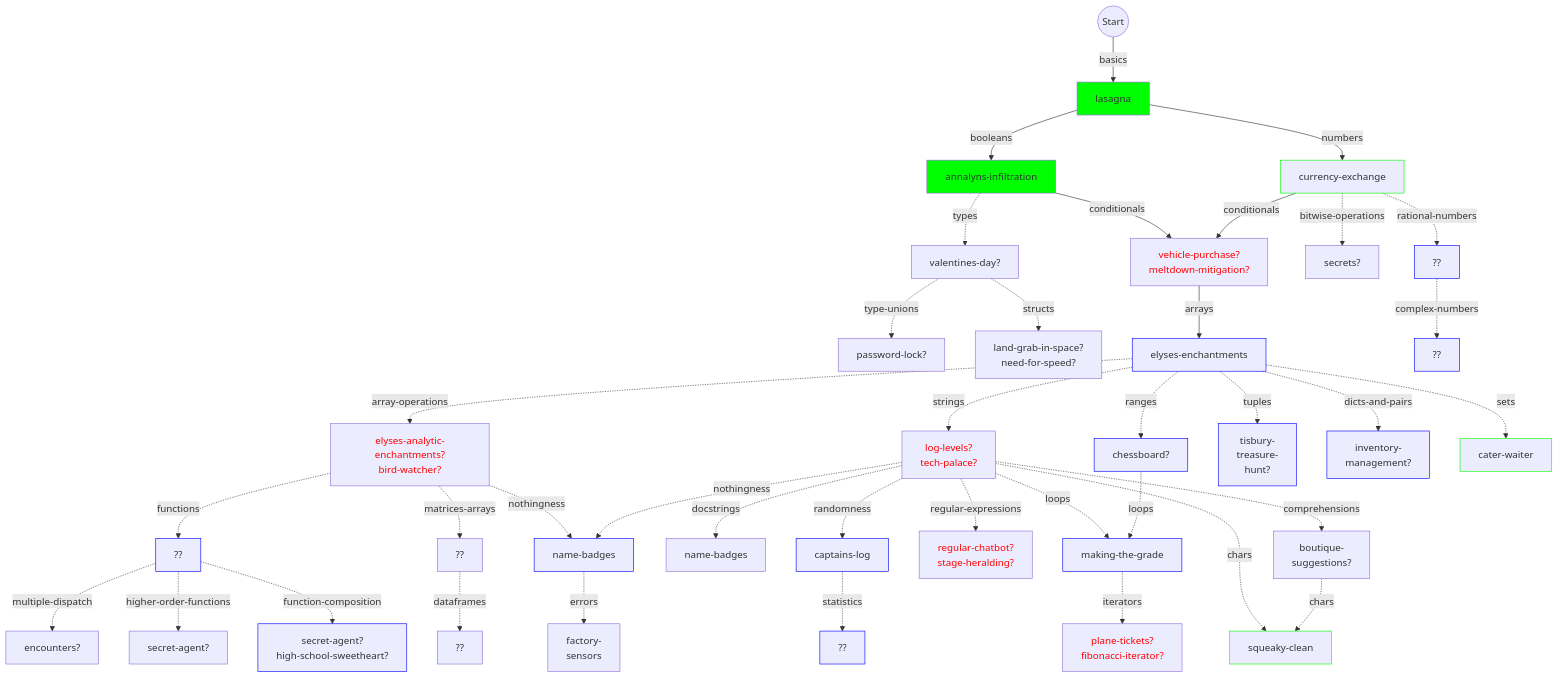
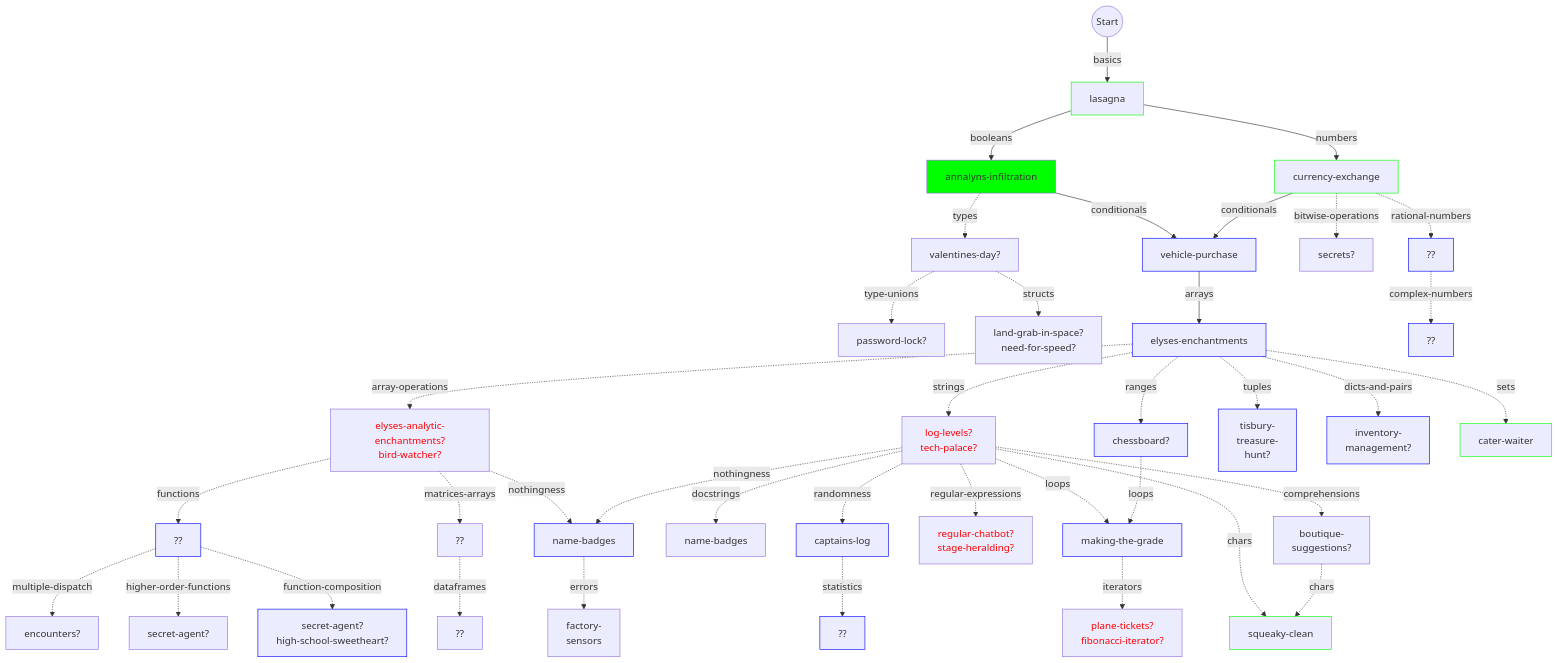
One commit to colinleach/learning-track-doodles changed the diagram in julia/flowchart.md. Above: the diagram before and after it, drawn with Mermaid.

Commit message:
tweaked flowchart

```diff
--- a/julia/flowchart.md
+++ b/julia/flowchart.md
@@ -15,7 +15,7 @@
 graph TD
     
 start(("Start")) --basics--> basics["lasagna"]
-style basics fill:#0f0
+style basics stroke:#0f0
 
 basics --booleans--> booleans["annalyns-infiltration"]
 style booleans fill:#0f0
@@ -32,11 +32,11 @@
 types -.structs.-> structs["land-grab-in-space?<br/>need-for-speed?"]
 %% style structs fill:#0f0
 
-booleans --conditionals--> conditionals["vehicle-purchase?<br/>meltdown-mitigation?"]
-style conditionals color:#f00
+booleans --conditionals--> conditionals["vehicle-purchase"]
+style conditionals stroke:#00f
 
-numbers --conditionals--> conditionals["vehicle-purchase?<br/>meltdown-mitigation?"]
-style conditionals color:#f00
+numbers --conditionals--> conditionals["vehicle-purchase"]
+style conditionals stroke:#00f
 
 conditionals --arrays--> arrays["elyses-enchantments"]
 style arrays stroke:#00f
```
